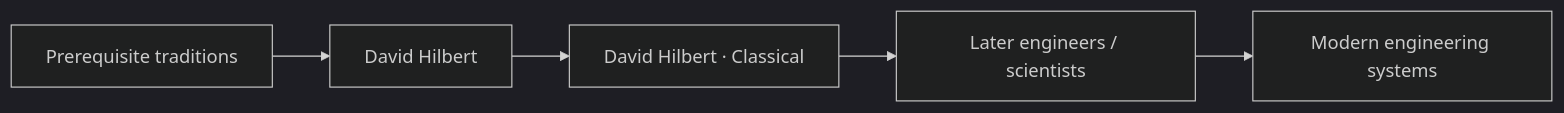
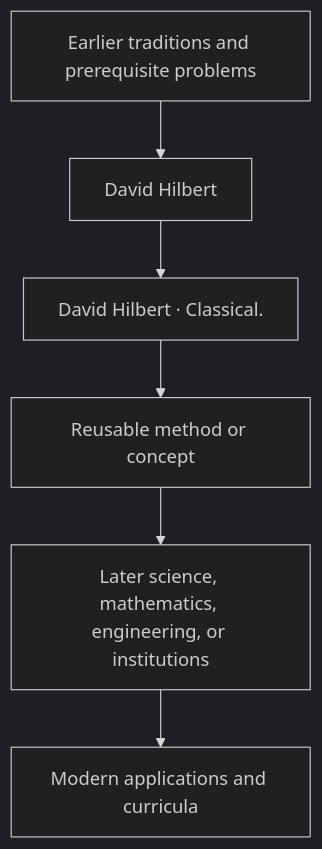
Before and after one commit to via-decide/ViaLogic: the diagram in docs/history/david-hilbert/influence.md, drawn with Mermaid (dark theme). The commit also changed other lines of this file and 858 other files, not shown here.

````diff
--- a/docs/history/david-hilbert/influence.md
+++ b/docs/history/david-hilbert/influence.md
@@ -29,7 +16,8 @@
 ```mermaid
-graph LR
-  prerequisites["Prerequisite traditions"] --> current["David Hilbert"]
-  current --> contribution["David Hilbert · Classical"]
-  contribution --> successors["Later engineers / scientists"]
-  successors --> modern["Modern engineering systems"]
+graph TD
+  Prior[Earlier traditions and prerequisite problems] --> Person[David Hilbert]
+  Person --> Contribution[David Hilbert · Classical.]
+  Contribution --> Method[Reusable method or concept]
+  Method --> Later[Later science, mathematics, engineering, or institutions]
+  Later --> Modern[Modern applications and curricula]
 ```
````
